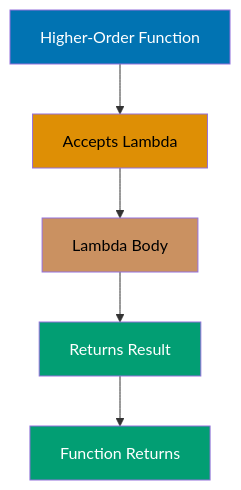
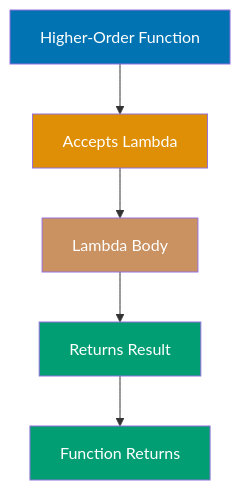
Before and after one commit to wahidyankf/open-sharia-enterprise: the eighth of 9 diagrams in apps/ayokoding-web/content/en/learn/software-engineering/programming-languages/kotlin/by-example/beginner.md, drawn with Mermaid. The commit also changed other lines of this file and 61 other files, not shown here.

First line of the commit message:
fix(ayokoding-web): quote Mermaid node labels with special characters in Example 63

````diff
--- a/apps/ayokoding-web/content/en/learn/software-engineering/programming-languages/kotlin/by-example/beginner.md
+++ b/apps/ayokoding-web/content/en/learn/software-engineering/programming-languages/kotlin/by-example/beginner.md
@@ -1986,14 +1986,14 @@
 ```mermaid
 %% Lambda execution flow
 graph TD
     A[Higher-Order Function] --> B[Accepts Lambda]
     B --> C[Lambda Body]
     C --> D[Returns Result]
     D --> E[Function Returns]
 
     style A fill:#0173B2,color:#fff
-    style B fill:#DE8F05,color:#000
-    style C fill:#CA9161,color:#000
+    style B fill:#DE8F05,color:#fff
+    style C fill:#CA9161,color:#fff
     style D fill:#029E73,color:#fff
     style E fill:#029E73,color:#fff
 ```
````
